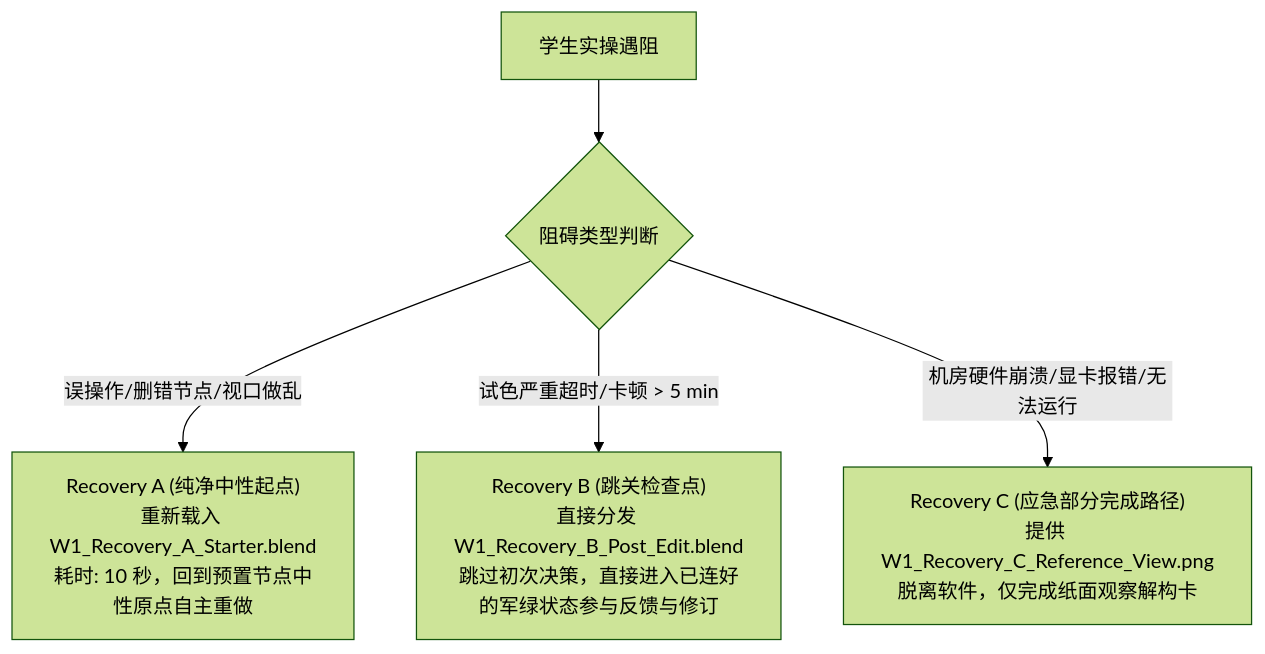
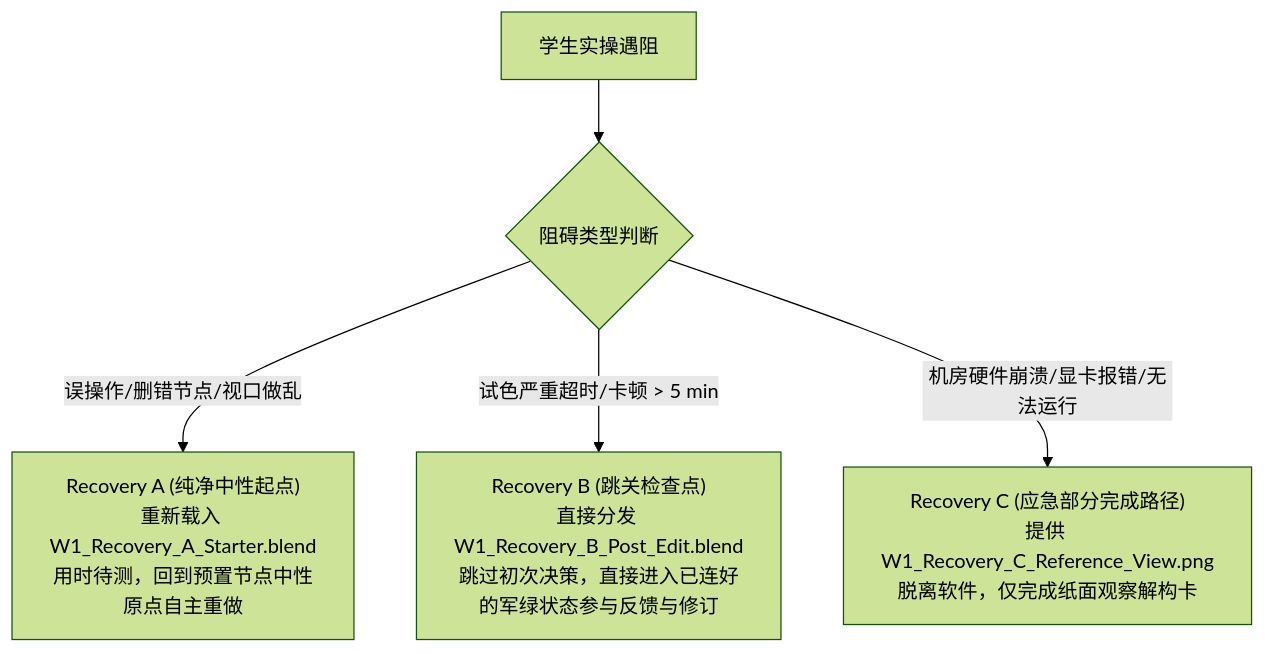
Before and after one commit to carllx/corso-pbr-materials: the diagram in docs/research/week1-executable-teaching-package-v0.1.md, drawn with Mermaid (forest theme). The commit also changed other lines of this file and 3 other files, not shown here.

````diff
--- a/docs/research/week1-executable-teaching-package-v0.1.md
+++ b/docs/research/week1-executable-teaching-package-v0.1.md
@@ -196,7 +229,7 @@
 ```mermaid
 flowchart TD
     Start["学生实操遇阻"] --> Cond{"阻碍类型判断"}
-    Cond -->|误操作/删错节点/视口做乱| RecA["Recovery A (纯净中性起点)<br>重新载入 W1_Recovery_A_Starter.blend<br>耗时: 10 秒，回到预置节点中性原点自主重做"]
+    Cond -->|误操作/删错节点/视口做乱| RecA["Recovery A (纯净中性起点)<br>重新载入 W1_Recovery_A_Starter.blend<br>用时待测，回到预置节点中性原点自主重做"]
     Cond -->|试色严重超时/卡顿 > 5 min| RecB["Recovery B (跳关检查点)<br>直接分发 W1_Recovery_B_Post_Edit.blend<br>跳过初次决策，直接进入已连好的军绿状态参与反馈与修订"]
     Cond -->|机房硬件崩溃/显卡报错/无法运行| RecC["Recovery C (应急部分完成路径)<br>提供 W1_Recovery_C_Reference_View.png<br>脱离软件，仅完成纸面观察解构卡"]
 ```
````
